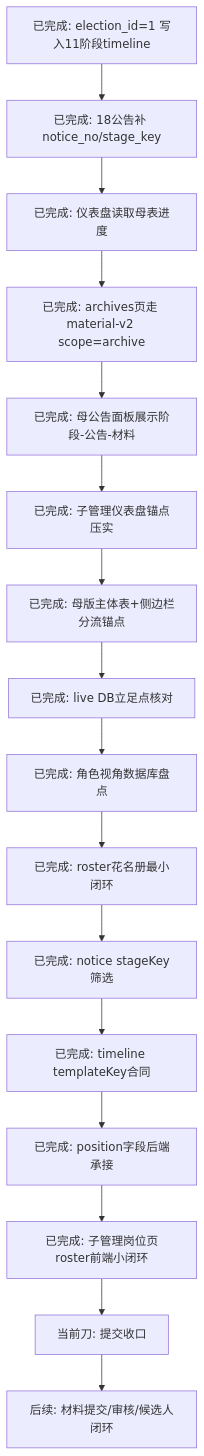
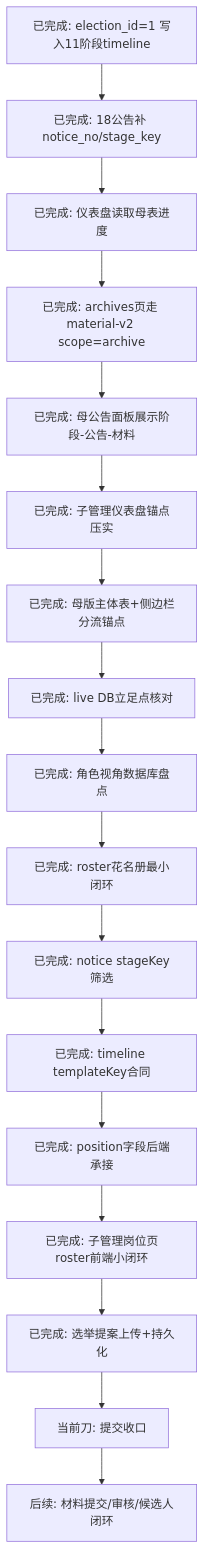
One commit to 4xiaxia/election-v2 changed the third of 7 diagrams in 副船长的航海接力日志/当前接力图.md. Above: the diagram before and after it, drawn with Mermaid. The commit also changed other lines of this file and 10 other files, not shown here.

````diff
--- a/副船长的航海接力日志/当前接力图.md
+++ b/副船长的航海接力日志/当前接力图.md
@@ -48,18 +49,19 @@
 ```mermaid
 flowchart TD
     A[已完成: election_id=1 写入11阶段timeline] --> B[已完成: 18公告补 notice_no/stage_key]
     B --> C[已完成: 仪表盘读取母表进度]
     C --> D[已完成: archives页走 material-v2 scope=archive]
     D --> E[已完成: 母公告面板展示阶段-公告-材料]
     E --> F[已完成: 子管理仪表盘锚点压实]
     F --> G[已完成: 母版主体表+侧边栏分流锚点]
     G --> H[已完成: live DB立足点核对]
     H --> I[已完成: 角色视角数据库盘点]
     I --> J[已完成: roster花名册最小闭环]
     J --> K[已完成: notice stageKey筛选]
     K --> L[已完成: timeline templateKey合同]
     L --> M[已完成: position字段后端承接]
     M --> N[已完成: 子管理岗位页roster前端小闭环]
-    N --> O[当前刀: 提交收口]
-    O --> P[后续: 材料提交/审核/候选人闭环]
+    N --> O[已完成: 选举提案上传+持久化]
+    O --> P[当前刀: 提交收口]
+    P --> Q[后续: 材料提交/审核/候选人闭环]
 ```
````
